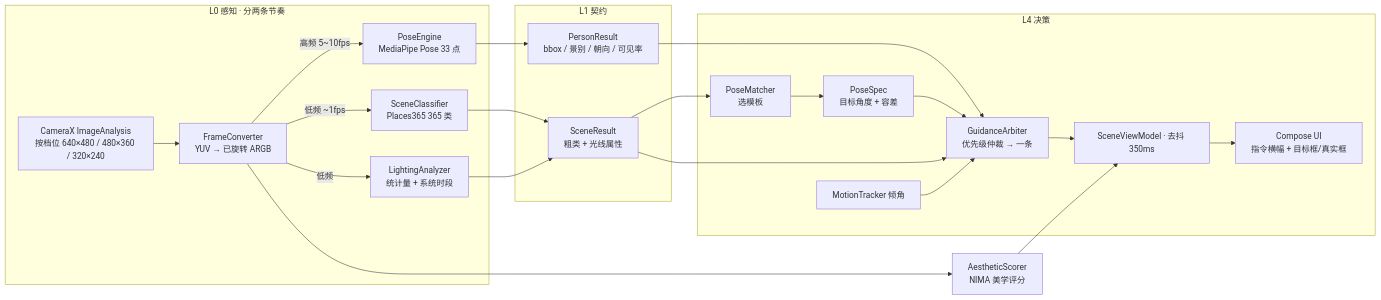
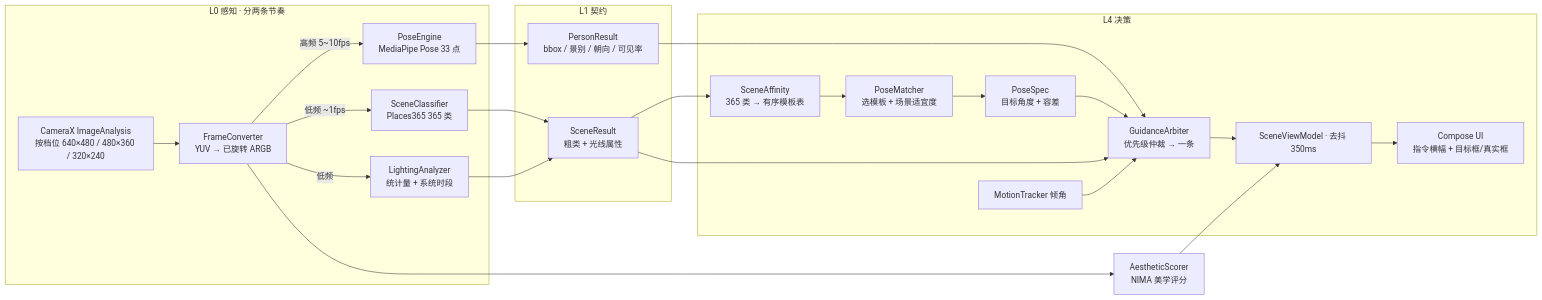
The diagram in README.md (pelico/aicamera), drawn with Mermaid before and after one commit. The commit also changed other lines of this file, not shown here.

````diff
--- a/README.md
+++ b/README.md
@@ -93,26 +93,27 @@
 ```mermaid
 flowchart LR
     subgraph L0[L0 感知 · 分两条节奏]
         A[CameraX ImageAnalysis<br/>按档位 640×480 / 480×360 / 320×240] --> B[FrameConverter<br/>YUV → 已旋转 ARGB]
         B -->|低频 ~1fps| C[SceneClassifier<br/>Places365 365 类]
         B -->|低频| D[LightingAnalyzer<br/>统计量 + 系统时段]
         B -->|高频 5~10fps| P[PoseEngine<br/>MediaPipe Pose 33 点]
     end
     subgraph L1[L1 契约]
         C --> S[SceneResult<br/>粗类 + 光线属性]
         D --> S
         P --> R[PersonResult<br/>bbox / 景别 / 朝向 / 可见率]
     end
     subgraph L4[L4 决策]
-        S --> M[PoseMatcher<br/>选模板]
+        S --> U[SceneAffinity<br/>365 类 → 有序模板表]
+        U --> M[PoseMatcher<br/>选模板 + 场景适宜度]
         M --> N[PoseSpec<br/>目标角度 + 容差]
         R --> O[GuidanceArbiter<br/>优先级仲裁 → 一条]
         N --> O
         S --> O
         T[MotionTracker 倾角] --> O
         O --> V[SceneViewModel · 去抖 350ms]
         V --> W[Compose UI<br/>指令横幅 + 目标框/真实框]
     end
     B --> I[AestheticScorer<br/>NIMA 美学评分]
     I --> V
 ```
````
